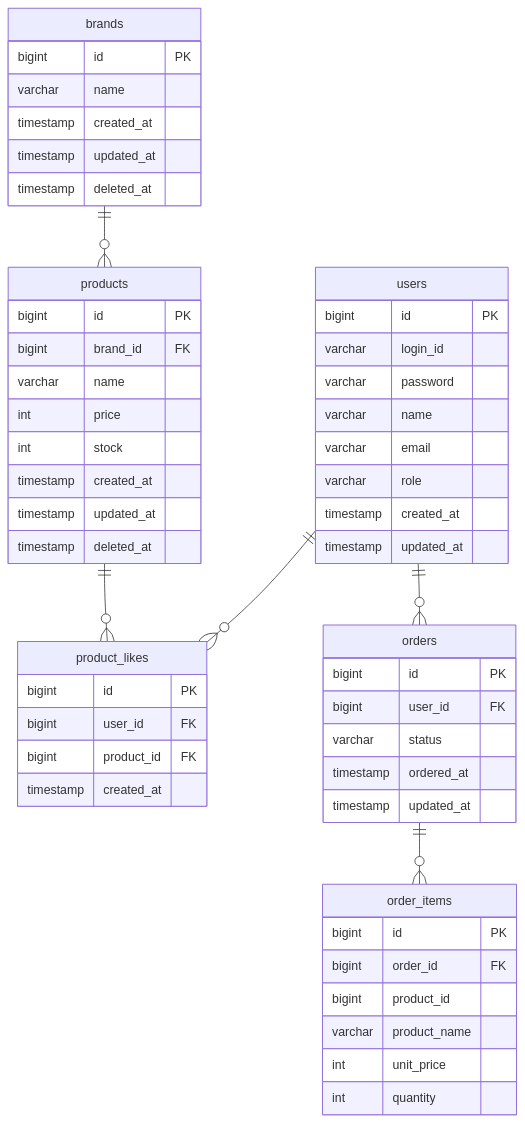
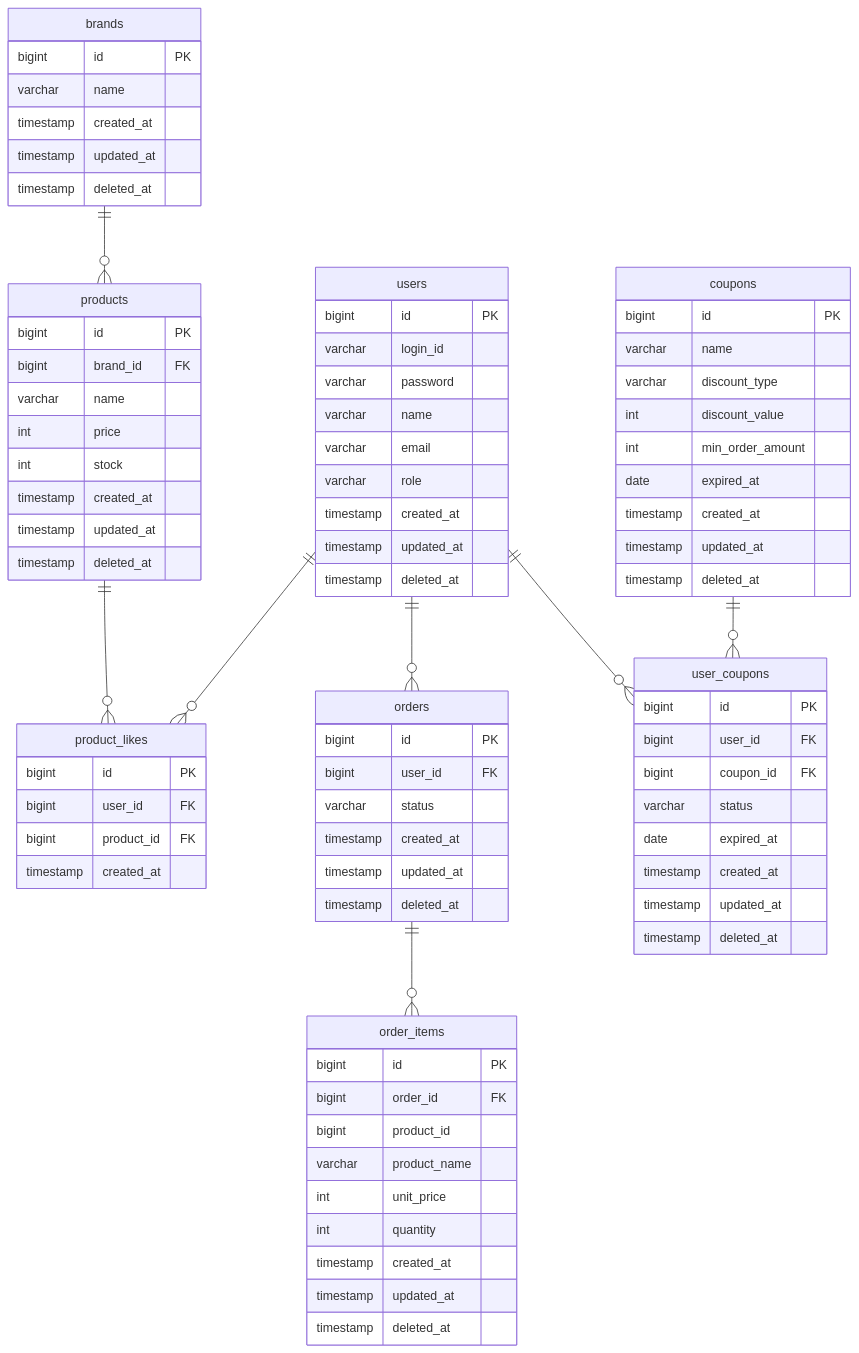
One commit to kimjunyoung90/loop-pack-be-l2-vol3-java changed the diagram in docs/design/04-erd.md. Above: the diagram before and after it, drawn with Mermaid. The commit also changed other lines of this file and 5 other files, not shown here.

````diff
--- a/docs/design/04-erd.md
+++ b/docs/design/04-erd.md
@@ -13,6 +13,7 @@
         varchar role
         timestamp created_at
         timestamp updated_at
+        timestamp deleted_at
     }
 
     brands {
@@ -45,8 +46,9 @@
         bigint id PK
         bigint user_id FK
         varchar status
-        timestamp ordered_at
+        timestamp created_at
         timestamp updated_at
+        timestamp deleted_at
     }
 
     order_items {
@@ -56,11 +58,39 @@
         varchar product_name
         int unit_price
         int quantity
+        timestamp created_at
+        timestamp updated_at
+        timestamp deleted_at
     }
 
+    coupons {
+        bigint id PK
+        varchar name
+        varchar discount_type
+        int discount_value
+        int min_order_amount
+        date expired_at
+        timestamp created_at
+        timestamp updated_at
+        timestamp deleted_at
+    }
+
+    user_coupons {
+        bigint id PK
+        bigint user_id FK
+        bigint coupon_id FK
+        varchar status
+        date expired_at
+        timestamp created_at
+        timestamp updated_at
+        timestamp deleted_at
+    }
+
+    users ||--o{ orders : ""
+    users ||--o{ user_coupons : ""
+    products ||--o{ product_likes : ""
     users ||--o{ product_likes : ""
-    users ||--o{ orders : ""
     brands ||--o{ products : ""
-    products ||--o{ product_likes : ""
     orders ||--o{ order_items : ""
+    coupons ||--o{ user_coupons : ""
 ```
````
